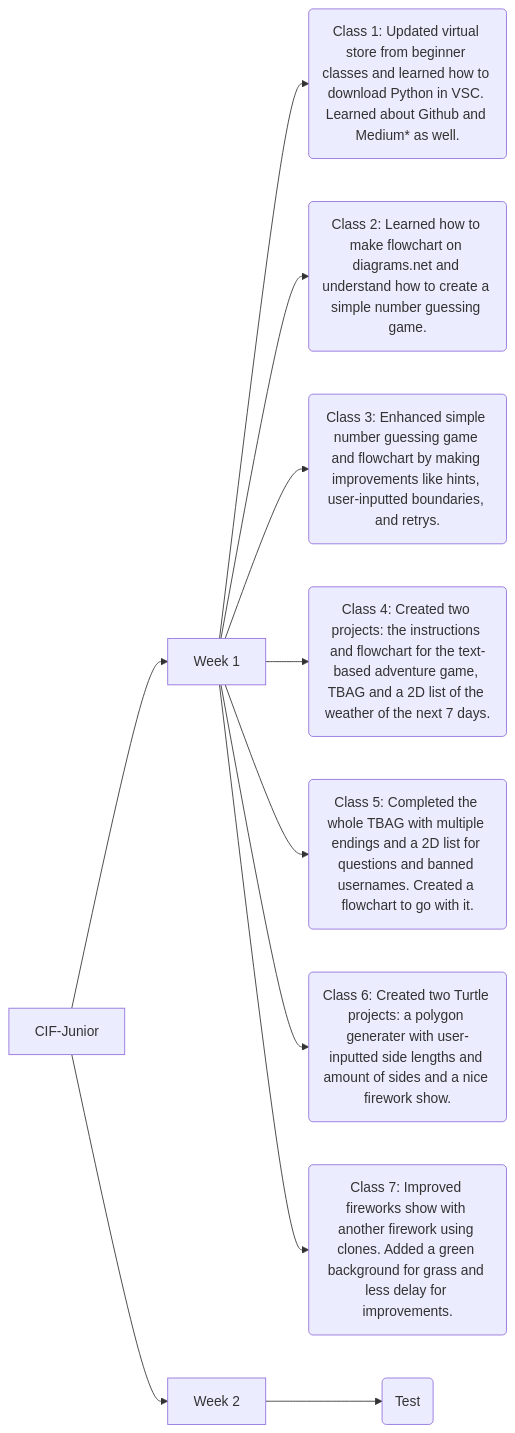
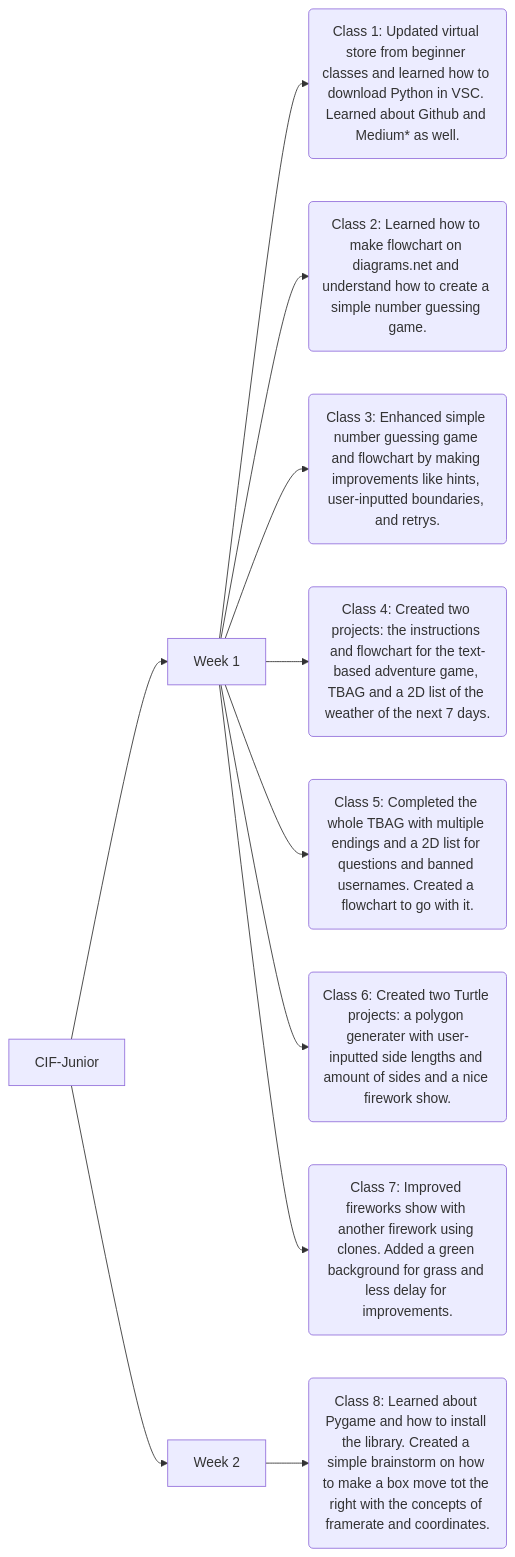
The diagram in README.md (deoclabber/CIF-Junior), drawn with Mermaid before and after one commit. The commit also changed other lines of this file, not shown here.

````diff
--- a/README.md
+++ b/README.md
@@ -10,14 +10,14 @@
 ```mermaid
 graph LR;
   A[CIF-Junior] --> B[Week 1];
   A --> C[Week 2];
   B --> F(Class 1: Updated virtual store from beginner classes and learned how to download Python in VSC. Learned about Github and Medium* as well.);
   B --> G(Class 2: Learned how to make flowchart on diagrams.net and understand how to create a simple number guessing game.);
   B --> H(Class 3: Enhanced simple number guessing game and flowchart by making improvements like hints, user-inputted boundaries, and retrys.);
   B --> I(Class 4: Created two projects: the instructions and flowchart for the text-based adventure game, TBAG and a 2D list of the weather of the next 7 days.);
   B --> J(Class 5: Completed the whole TBAG with multiple endings and a 2D list for questions and banned usernames. Created a flowchart to go with it.);
   B --> K(Class 6: Created two Turtle projects: a polygon generater with user-inputted side lengths and amount of sides and a nice firework show.);
   B --> L(Class 7: Improved fireworks show with another firework using clones. Added a green background for grass and less delay for improvements.);
 
-  C --> 1(Test);
+  C --> M(Class 8: Learned about Pygame and how to install the library. Created a simple brainstorm on how to make a box move tot the right with the concepts of framerate and coordinates.);
 ```
````
